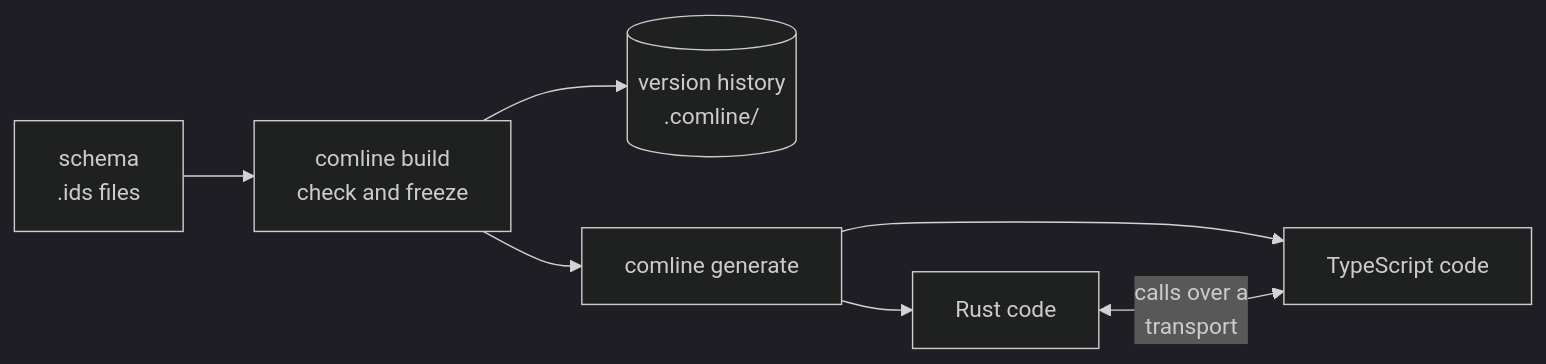
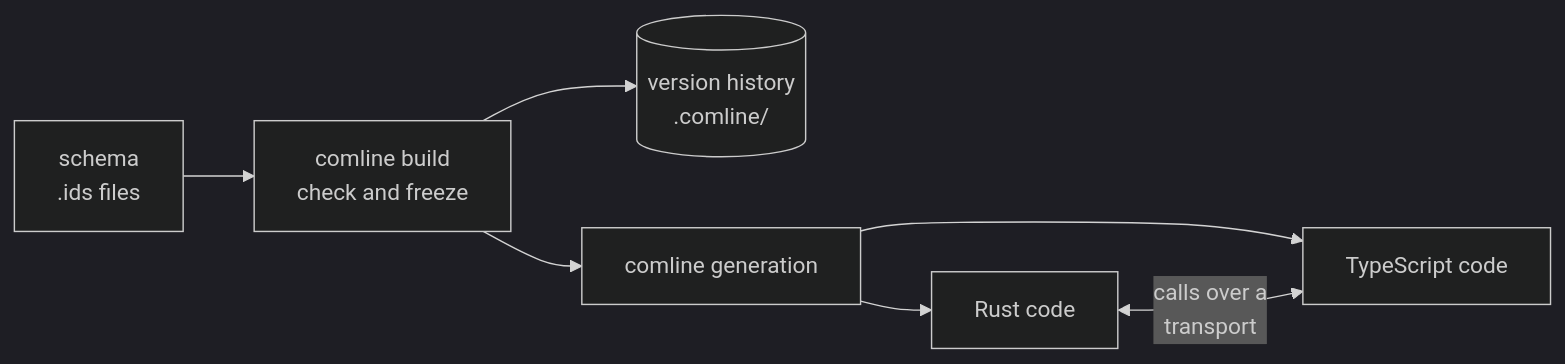
The diagram in docs/docs/index.md (ComlineProject/docs), drawn with Mermaid (dark theme) before and after one commit. The commit also changed other lines of this file and 26 other files, not shown here.

````diff
--- a/docs/docs/index.md
+++ b/docs/docs/index.md
@@ -17,9 +17,9 @@
 ```mermaid
 flowchart LR
     S["schema<br/>.ids files"] --> C["comline build<br/>check and freeze"]
     C --> V[("version history<br/>.comline/")]
-    C --> G["comline generate"]
+    C --> G["comline generation"]
     G --> R["Rust code"]
     G --> T["TypeScript code"]
     R <-->|"calls over a<br/>transport"| T
 ```
````
